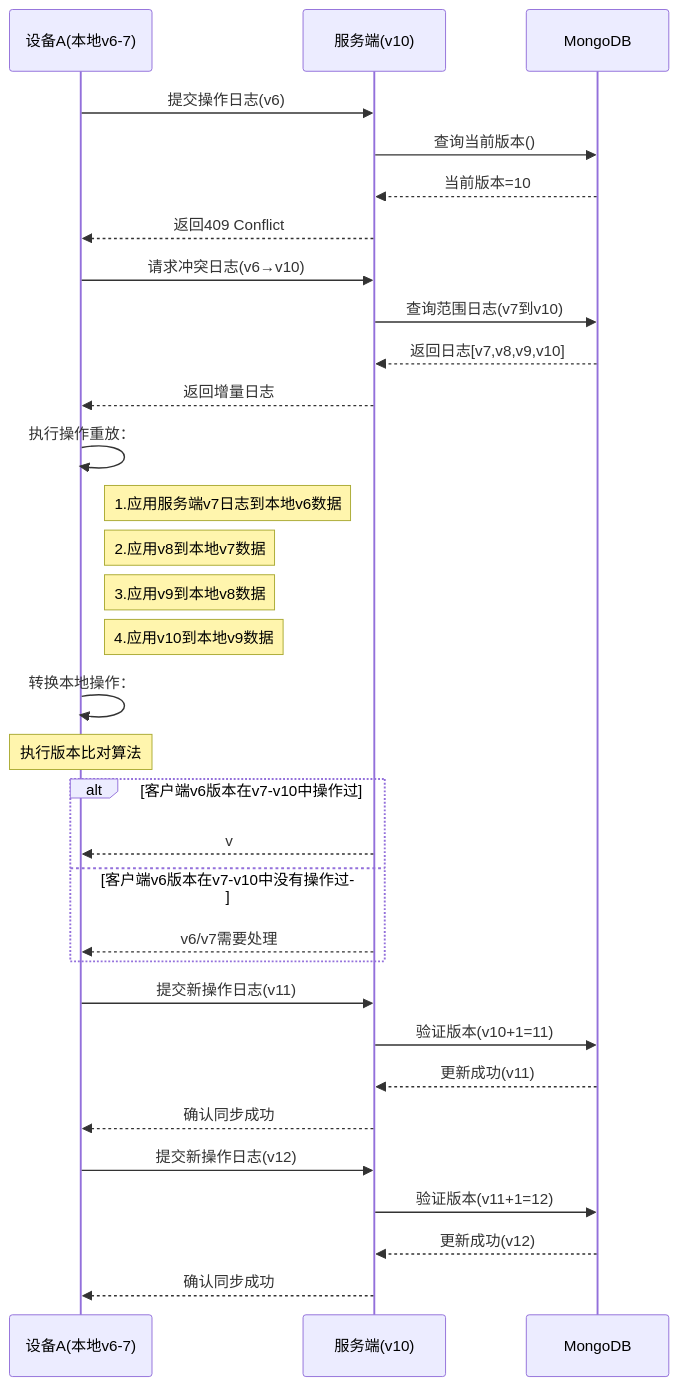
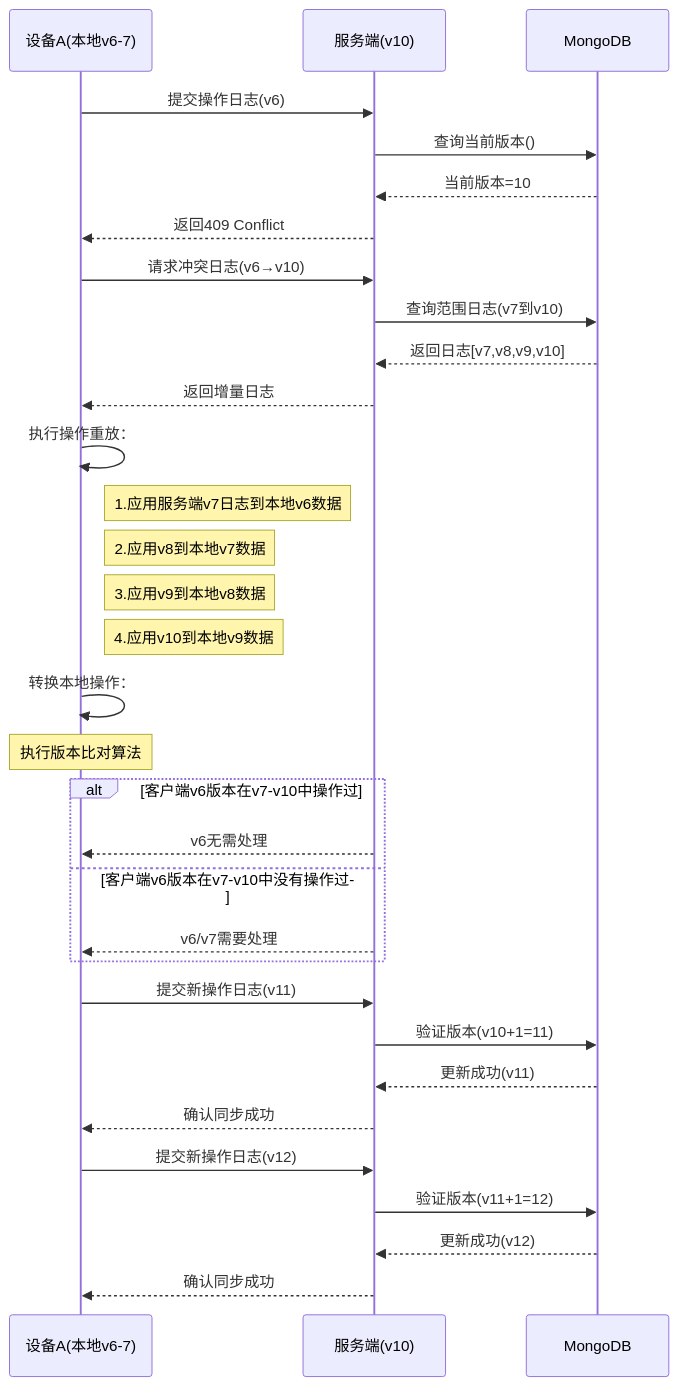
The diagram in all/未命名-26.md (yingjianzh/iodraw-files), drawn with Mermaid before and after one commit.

Commit message:
2025-02-26 16:53:44 update

````diff
--- a/all/未命名-26.md
+++ b/all/未命名-26.md
@@ -1,46 +1,46 @@
 ```mermaid
 sequenceDiagram
     participant A as 设备A(本地v6-7)
     participant S as 服务端(v10)
     participant DB as MongoDB
 
     %% 初始同步尝试
     A->>S: 提交操作日志(v6)
     S->>DB: 查询当前版本()
     DB-->>S: 当前版本=10
     S-->>A: 返回409 Conflict
 
     %% 冲突解决阶段
     A->>S: 请求冲突日志(v6→v10)
     S->>DB: 查询范围日志(v7到v10)
     DB-->>S: 返回日志[v7,v8,v9,v10]
     S-->>A: 返回增量日志
 
 
     %% 本地数据重建
     A->>A: 执行操作重放：
     note right of A: 1.应用服务端v7日志到本地v6数据
     note right of A: 2.应用v8到本地v7数据
     note right of A: 3.应用v9到本地v8数据
     note right of A: 4.应用v10到本地v9数据
 
     %% 本地操作转换
     A->>A: 转换本地操作：
     Note over A: 执行版本比对算法
     alt 客户端v6版本在v7-v10中操作过
-        S-->>A: v
+        S-->>A: v6无需处理
     else 客户端v6版本在v7-v10中没有操作过
         S-->>A: v6/v7需要处理
     end
 
     %% 重新提交
     A->>S: 提交新操作日志(v11)
     S->>DB: 验证版本(v10+1=11)
     DB-->>S: 更新成功(v11)
     S-->>A: 确认同步成功
 
     A->>S: 提交新操作日志(v12)
     S->>DB: 验证版本(v11+1=12)
     DB-->>S: 更新成功(v12)
     S-->>A: 确认同步成功
 ```
````
